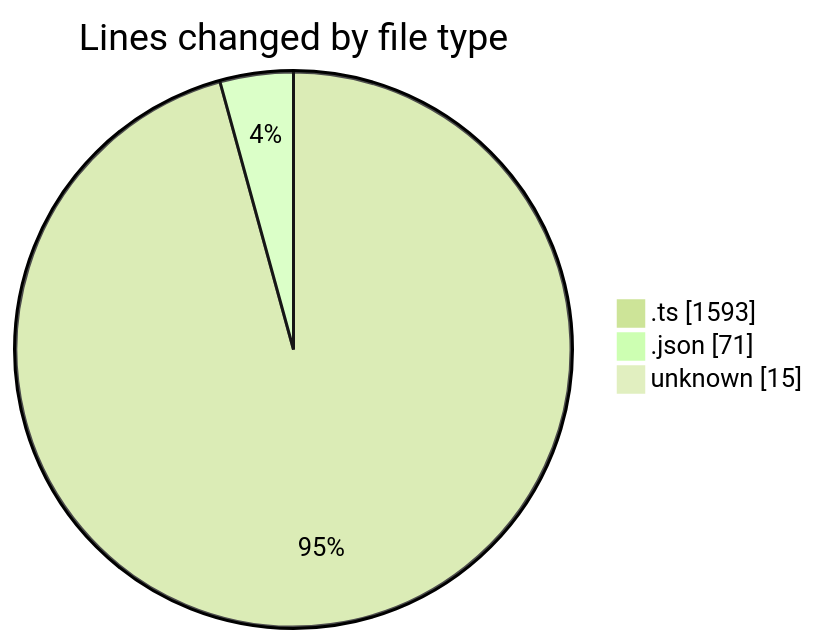
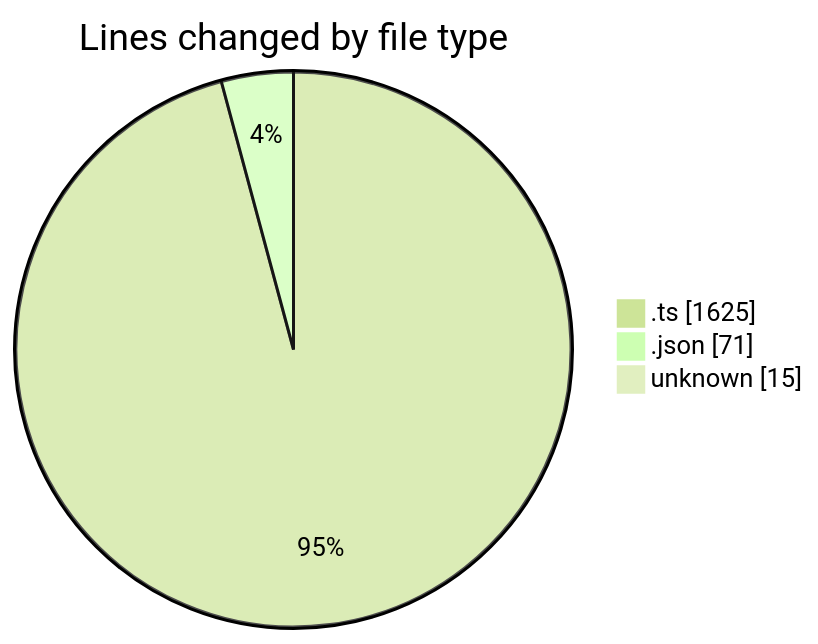
Before and after one commit to lephambinh05/code-tracking: the first of 2 diagrams in 2025-09-12/hiai-phf/README.md, drawn with Mermaid (forest theme). The commit also changed other lines of this file and 1 other file, not shown here.

````diff
--- a/2025-09-12/hiai-phf/README.md
+++ b/2025-09-12/hiai-phf/README.md
@@ -25,7 +25,7 @@
 ```mermaid
 pie showData
 title Lines changed by file type
-".ts" : 1593
+".ts" : 1625
 ".json" : 71
 "unknown" : 15
 ```
````
